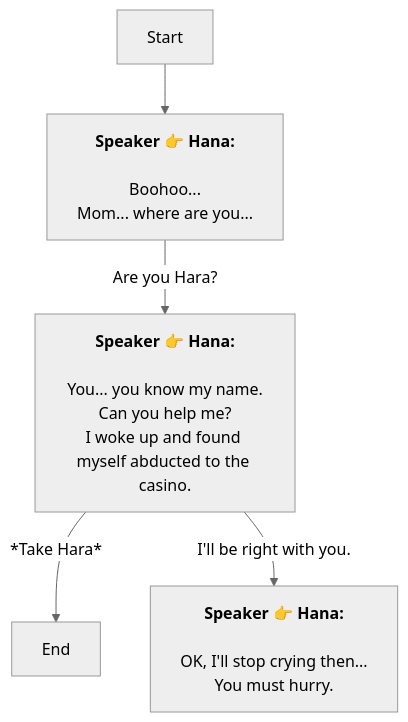
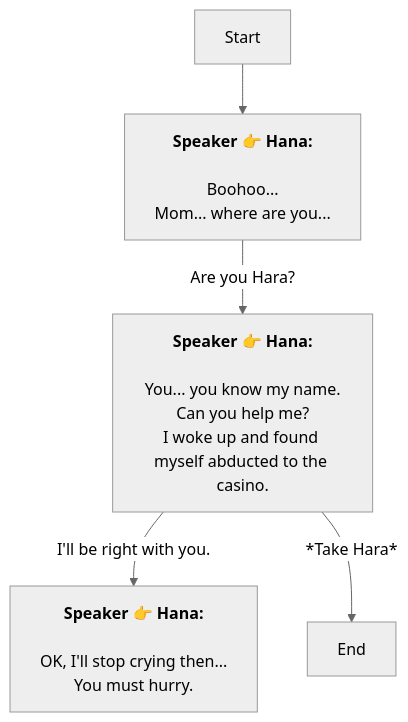
One commit to SoftHu/tos_avg changed the diagram in En/Dialog_55189570570308.md. Above: the diagram before and after it, drawn with Mermaid (neutral theme). The commit also changed other lines of this file and 780 other files, not shown here.

````diff
--- a/En/Dialog_55189570570308.md
+++ b/En/Dialog_55189570570308.md
@@ -1,12 +1,12 @@
 ```mermaid
 graph
 Start -->1766066321450738[<b>Speaker 👉 Hana:</b>
 \nBoohoo...\nMom... where are you...]
 1766066321450738 -->|Are you Hara?|1766066401604344[<b>Speaker 👉 Hana:</b>
 \nYou... you know my name.\nCan you help me?
 I woke up and found myself abducted to the casino.]
-1766066401604344 -->|*Take Hara*|1766066325883635[End]
 1766066401604344 -->|I'll be right with you.|1766066504773374[<b>Speaker 👉 Hana:</b>
 \nOK, I'll stop crying then...\nYou must hurry.]
+1766066401604344 -->|*Take Hara*|1766066325883635[End]
 
 ```
````
